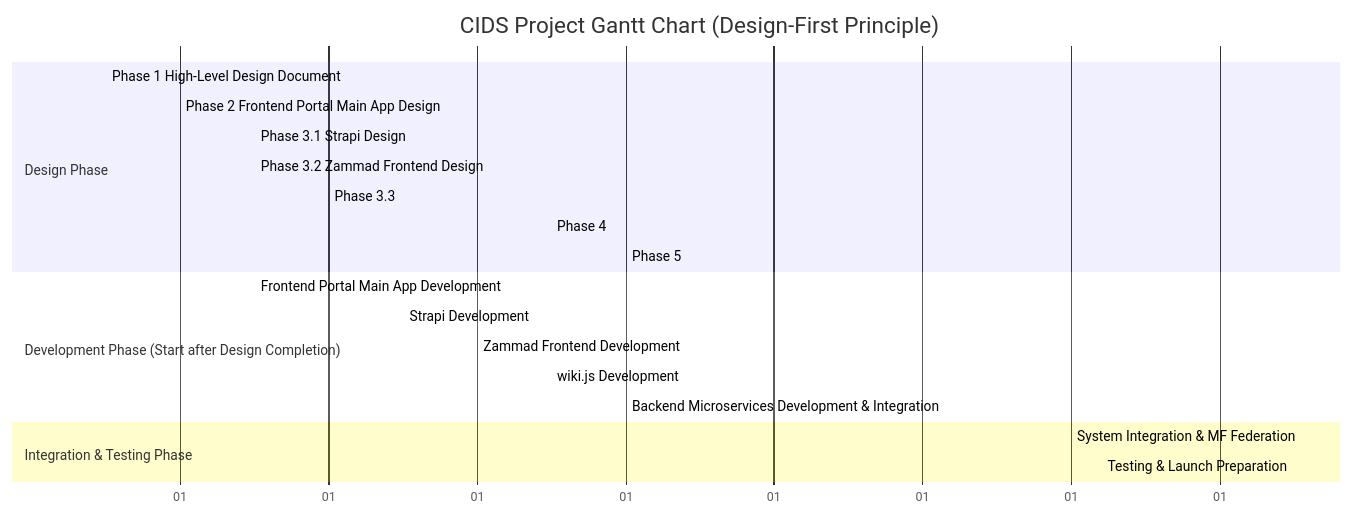
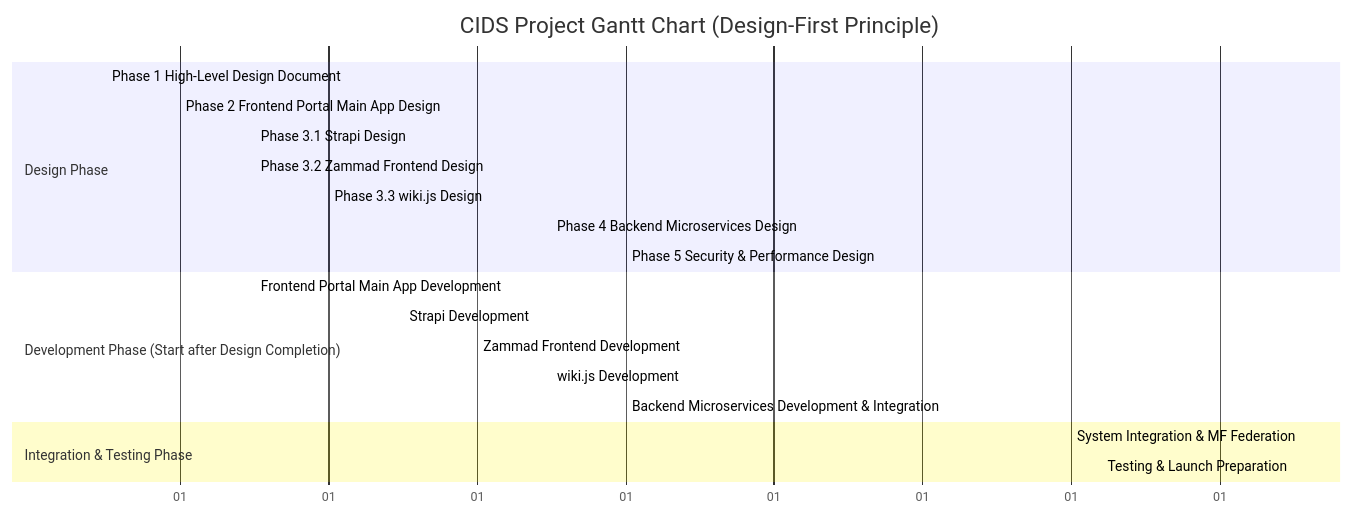
Before and after one commit to duofangxiangcai/iodraw-files: the diagram in all/未命名.md, drawn with Mermaid.

Commit message:
2025-12-09 17:15:46 update

````diff
--- a/all/未命名.md
+++ b/all/未命名.md
@@ -1,28 +1,28 @@
 ```mermaid
 gantt
     title CIDS Project Gantt Chart (Design-First Principle)
     dateFormat  X
     axisFormat %d
     tickInterval 1
 
     section Design Phase
         Phase 1 High-Level Design Document       :done,    des1, 1, 1       % Week1 (1 week)
         Phase 2 Frontend Portal Main App Design :done,    des2, 2, 2       % Week2 (1 week)
         Phase 3.1 Strapi Design                 :active,  des31, 3, 4     % Week3-4 (2 weeks)
         Phase 3.2 Zammad Frontend Design        :         des32, 3, 5     % Week3-5 (3 weeks)
-        Phase 3.3: wiki.js Design                :         des33, 4, 6     % Week4-6 (3 weeks)
-        Phase 4: Backend Microservices Design    :         des4, 7, 7     % Week7 (1 week)
-        Phase 5: Security & Performance Design   :         des5, 8, 8     % Week8 (1 week)
+        Phase 3.3 wiki.js Design                :         des33, 4, 6     % Week4-6 (3 weeks)
+        Phase 4 Backend Microservices Design    :         des4, 7, 7     % Week7 (1 week)
+        Phase 5 Security & Performance Design   :         des5, 8, 8     % Week8 (1 week)
 
     section Development Phase (Start after Design Completion)
         Frontend Portal Main App Development     :         dev1, 3, 7     % Starts after Phase2 design → Week3-7 (5 weeks)
         Strapi Development                        :         dev2, 5, 9     % Starts after Phase3.1 design → Week5-9 (5 weeks)
         Zammad Frontend Development               :         dev3, 6, 10    % Starts after Phase3.2 design → Week6-10 (5 weeks)
         wiki.js Development                        :         dev4, 7, 11    % Starts after Phase3.3 design → Week7-11 (5 weeks)
         Backend Microservices Development & Integration : dev5, 8, 13 % Starts after Phase4 design → Week8-13 (6 weeks)
 
     section Integration & Testing Phase
         System Integration & MF Federation       :         int1, 14, 16    % Week14-16 (3 weeks)
         Testing & Launch Preparation             :         test1, 17, 17   % Week17 (1 week)
 
 ```
````
